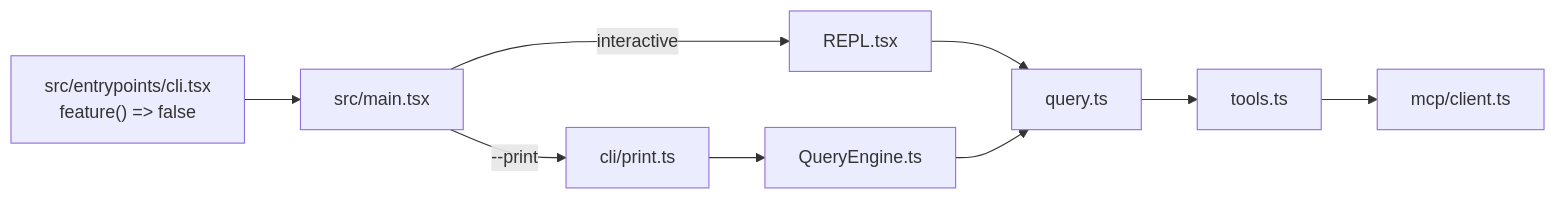
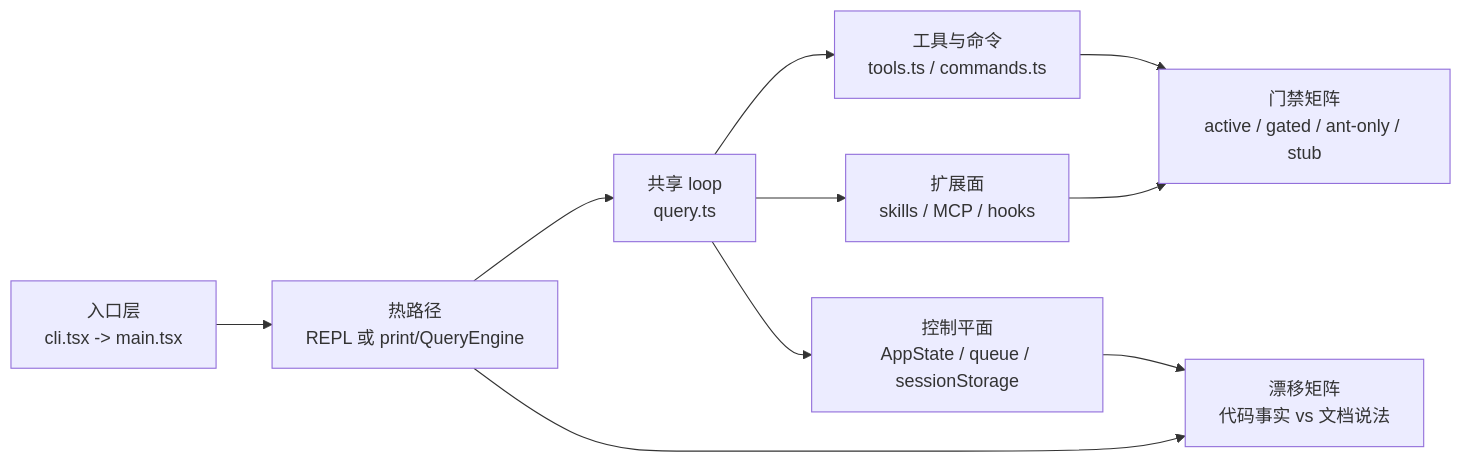
Before and after one commit to AICode-Nexus/claude-code: the diagram in docs/research/project-capability-atlas.mdx, drawn with Mermaid. The commit also changed other lines of this file and 62 other files, not shown here.

````diff
--- a/docs/research/project-capability-atlas.mdx
+++ b/docs/research/project-capability-atlas.mdx
@@ -31,11 +33,12 @@
 ```mermaid
 flowchart LR
-  cli["src/entrypoints/cli.tsx<br/>feature() => false"] --> main["src/main.tsx"]
-  main -->|interactive| repl["REPL.tsx"]
-  main -->|--print| headless["cli/print.ts"]
-  repl --> query["query.ts"]
-  headless --> engine["QueryEngine.ts"]
-  engine --> query
-  query --> tools["tools.ts"]
-  tools --> mcp["mcp/client.ts"]
+  cli["入口层<br/>cli.tsx -> main.tsx"] --> hot["热路径<br/>REPL 或 print/QueryEngine"]
+  hot --> loop["共享 loop<br/>query.ts"]
+  loop --> tools["工具与命令<br/>tools.ts / commands.ts"]
+  loop --> state["控制平面<br/>AppState / queue / sessionStorage"]
+  loop --> ext["扩展面<br/>skills / MCP / hooks"]
+  tools --> gates["门禁矩阵<br/>active / gated / ant-only / stub"]
+  ext --> gates
+  state --> drift["漂移矩阵<br/>代码事实 vs 文档说法"]
+  hot --> drift
 ```
````
